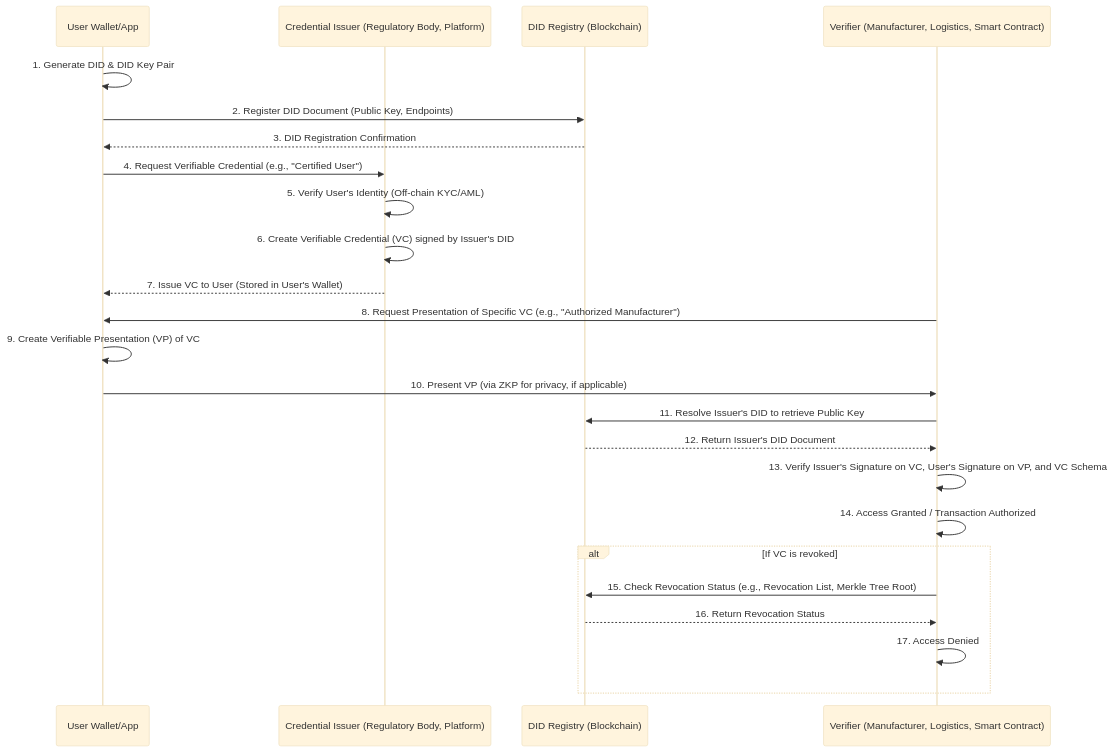
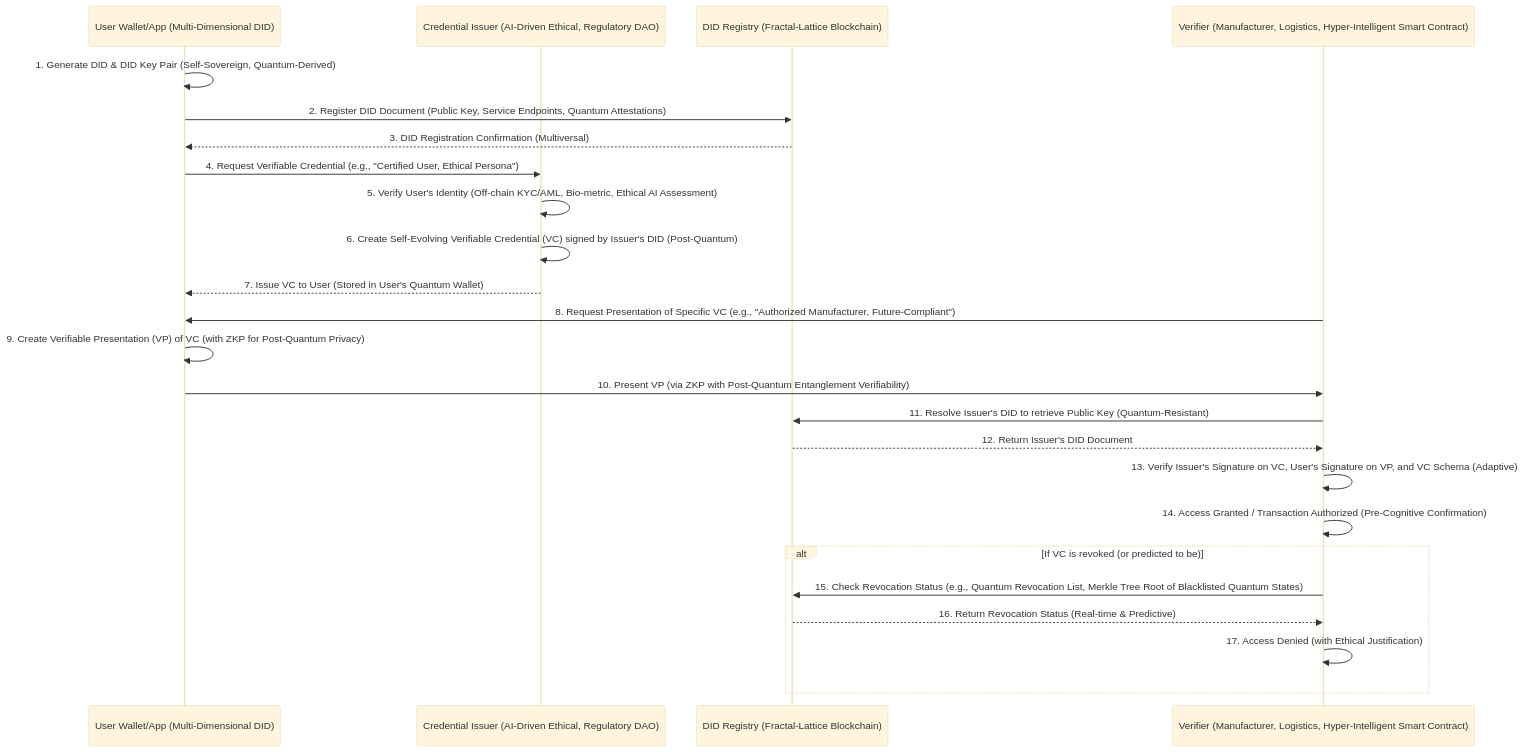
Before and after one commit to diplomat-bit/Citibank_Demo_Business_Inc_Demonstration-: the eighth of 10 diagrams in inventions/003_narrative_generative_image_editing/006_blockchain_secure_physical_personalization_pipeline.md, drawn with Mermaid (base theme). The commit also changed other lines of this file, not shown here.

````diff
--- a/inventions/003_narrative_generative_image_editing/006_blockchain_secure_physical_personalization_pipeline.md
+++ b/inventions/003_narrative_generative_image_editing/006_blockchain_secure_physical_personalization_pipeline.md
@@ -404,29 +410,29 @@
 ```mermaid
 sequenceDiagram
-    participant User as User Wallet/App
-    participant Issuer as Credential Issuer (Regulatory Body, Platform)
-    participant DIDReg as DID Registry (Blockchain)
-    participant Verifier as Verifier (Manufacturer, Logistics, Smart Contract)
+    participant User as User Wallet/App (Multi-Dimensional DID)
+    participant Issuer as Credential Issuer (AI-Driven Ethical, Regulatory DAO)
+    participant DIDReg as DID Registry (Fractal-Lattice Blockchain)
+    participant Verifier as Verifier (Manufacturer, Logistics, Hyper-Intelligent Smart Contract)
 
-    User->>User: 1. Generate DID & DID Key Pair
-    User->>DIDReg: 2. Register DID Document (Public Key, Endpoints)
-    DIDReg-->>User: 3. DID Registration Confirmation
+    User->>User: 1. Generate DID & DID Key Pair (Self-Sovereign, Quantum-Derived)
+    User->>DIDReg: 2. Register DID Document (Public Key, Service Endpoints, Quantum Attestations)
+    DIDReg-->>User: 3. DID Registration Confirmation (Multiversal)
 
-    User->>Issuer: 4. Request Verifiable Credential (e.g., "Certified User")
-    Issuer->>Issuer: 5. Verify User's Identity (Off-chain KYC/AML)
-    Issuer->>Issuer: 6. Create Verifiable Credential (VC) signed by Issuer's DID
-    Issuer-->>User: 7. Issue VC to User (Stored in User's Wallet)
+    User->>Issuer: 4. Request Verifiable Credential (e.g., "Certified User, Ethical Persona")
+    Issuer->>Issuer: 5. Verify User's Identity (Off-chain KYC/AML, Bio-metric, Ethical AI Assessment)
+    Issuer->>Issuer: 6. Create Self-Evolving Verifiable Credential (VC) signed by Issuer's DID (Post-Quantum)
+    Issuer-->>User: 7. Issue VC to User (Stored in User's Quantum Wallet)
 
-    Verifier->>User: 8. Request Presentation of Specific VC (e.g., "Authorized Manufacturer")
-    User->>User: 9. Create Verifiable Presentation (VP) of VC
-    User->>Verifier: 10. Present VP (via ZKP for privacy, if applicable)
-    Verifier->>DIDReg: 11. Resolve Issuer's DID to retrieve Public Key
+    Verifier->>User: 8. Request Presentation of Specific VC (e.g., "Authorized Manufacturer, Future-Compliant")
+    User->>User: 9. Create Verifiable Presentation (VP) of VC (with ZKP for Post-Quantum Privacy)
+    User->>Verifier: 10. Present VP (via ZKP with Post-Quantum Entanglement Verifiability)
+    Verifier->>DIDReg: 11. Resolve Issuer's DID to retrieve Public Key (Quantum-Resistant)
     DIDReg-->>Verifier: 12. Return Issuer's DID Document
-    Verifier->>Verifier: 13. Verify Issuer's Signature on VC, User's Signature on VP, and VC Schema
-    Verifier->>Verifier: 14. Access Granted / Transaction Authorized
-    alt If VC is revoked
-        Verifier->>DIDReg: 15. Check Revocation Status (e.g., Revocation List, Merkle Tree Root)
-        DIDReg-->>Verifier: 16. Return Revocation Status
-        Verifier->>Verifier: 17. Access Denied
+    Verifier->>Verifier: 13. Verify Issuer's Signature on VC, User's Signature on VP, and VC Schema (Adaptive)
+    Verifier->>Verifier: 14. Access Granted / Transaction Authorized (Pre-Cognitive Confirmation)
+    alt If VC is revoked (or predicted to be)
+        Verifier->>DIDReg: 15. Check Revocation Status (e.g., Quantum Revocation List, Merkle Tree Root of Blacklisted Quantum States)
+        DIDReg-->>Verifier: 16. Return Revocation Status (Real-time & Predictive)
+        Verifier->>Verifier: 17. Access Denied (with Ethical Justification)
     end
 ```
````
